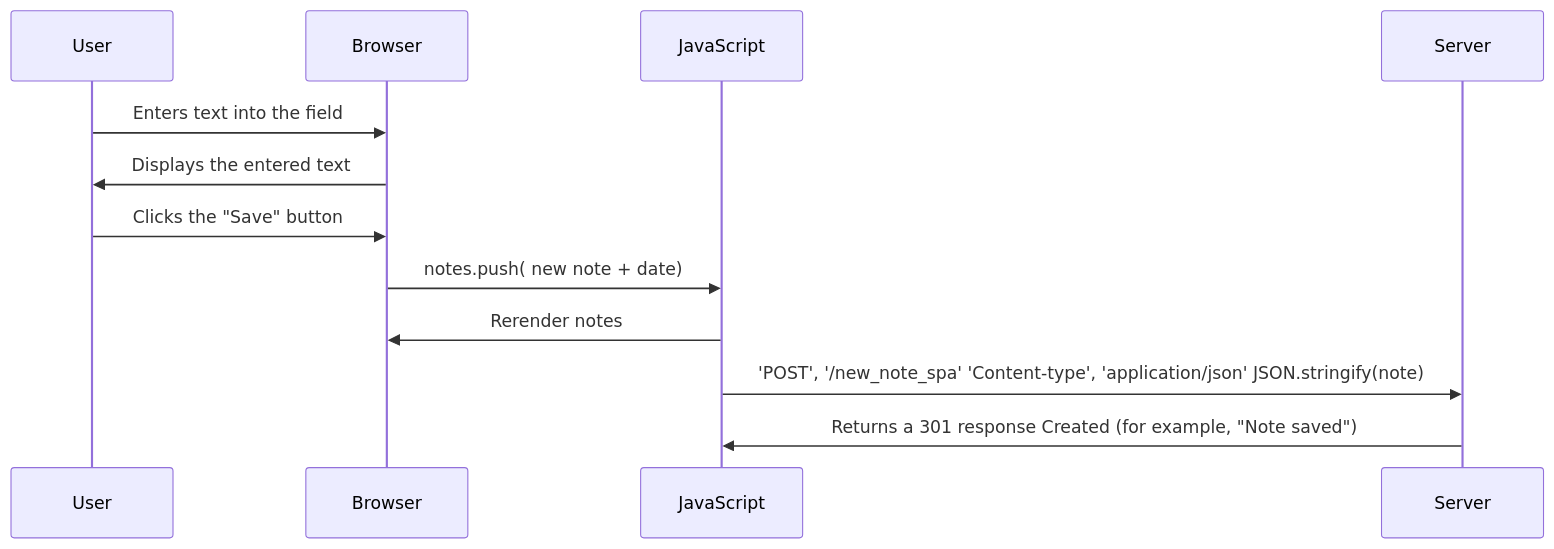
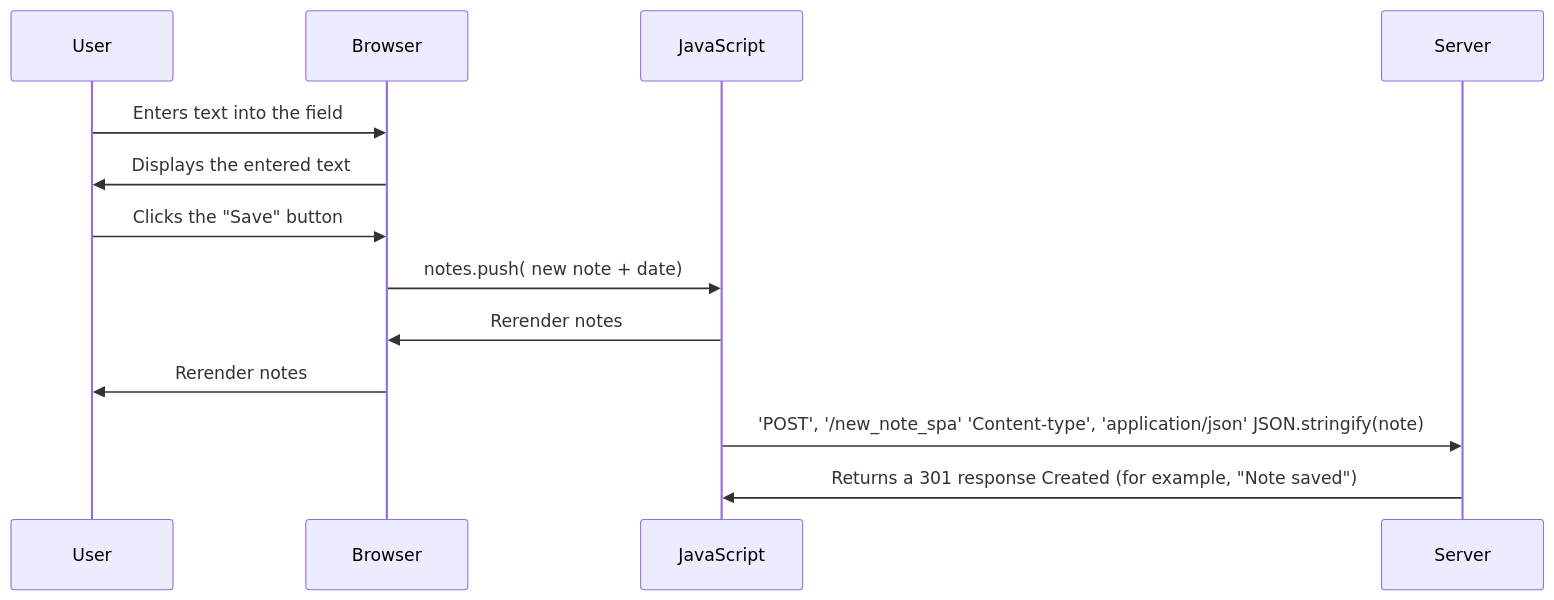
One commit to iFrodo/fullstackopen changed the diagram in part0/0-6.md. Above: the diagram before and after it, drawn with Mermaid.

````diff
--- a/part0/0-6.md
+++ b/part0/0-6.md
@@ -1,20 +1,21 @@
 ``` mermaid
 sequenceDiagram
     participant User
     participant Browser
     participant JavaScript
     participant Server
 
     User->>Browser: Enters text into the field
     Browser->>User: Displays the entered text
 
     
 
     User->>Browser: Clicks the "Save" button
     Browser->>JavaScript: notes.push( new note + date)
     JavaScript->>Browser: Rerender notes
+    Browser->>User: Rerender notes
     JavaScript->>Server: 'POST', '/new_note_spa' 'Content-type', 'application/json' JSON.stringify(note)
     Server->>JavaScript: Returns a 301 response Created (for example, "Note saved")
 
 
 ```
````
